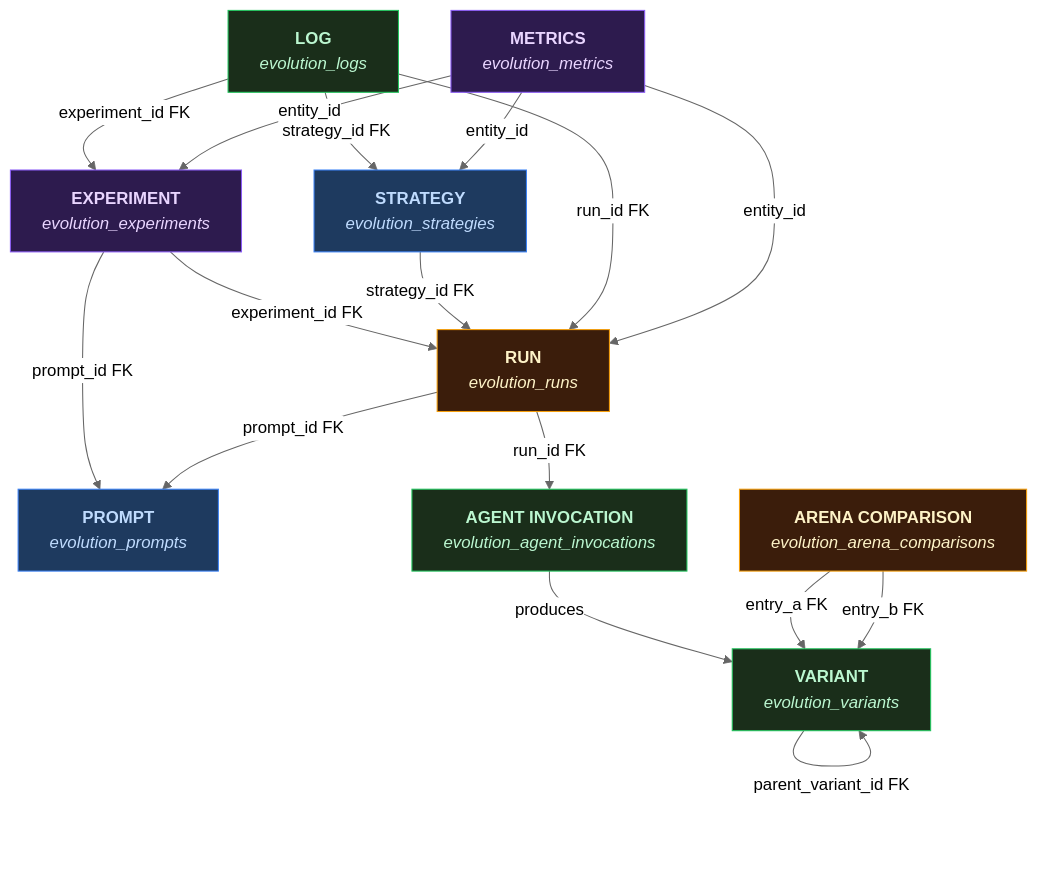
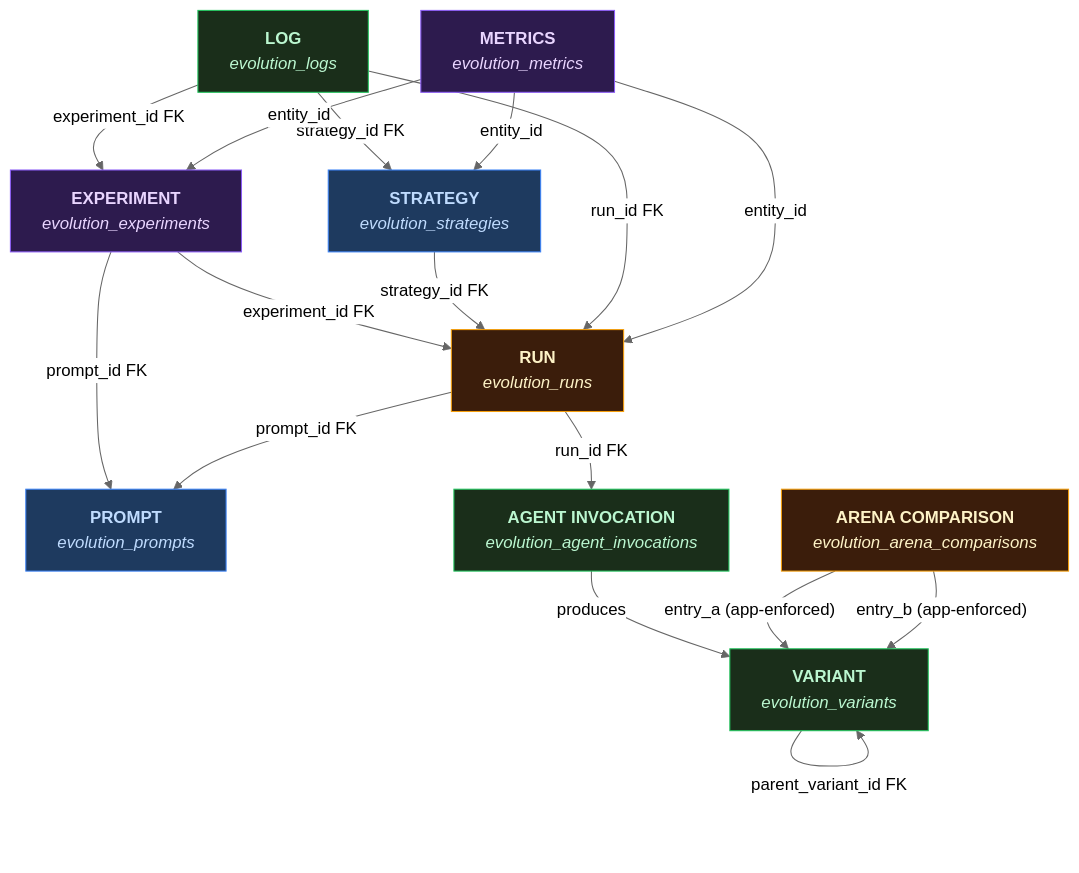
The diagram in evolution/docs/entities.md (alcmdbackup/explainanythingbackup), drawn with Mermaid (neutral theme) before and after one commit. The commit also changed other lines of this file and 12 other files, not shown here.

````diff
--- a/evolution/docs/entities.md
+++ b/evolution/docs/entities.md
@@ -9,50 +9,50 @@
 ```mermaid
 flowchart TD
     EXP["`**EXPERIMENT**
     _evolution_experiments_`"]
     PROMPT["`**PROMPT**
     _evolution_prompts_`"]
     STRATEGY["`**STRATEGY**
     _evolution_strategies_`"]
     RUN["`**RUN**
     _evolution_runs_`"]
     INV["`**AGENT INVOCATION**
     _evolution_agent_invocations_`"]
     VAR["`**VARIANT**
     _evolution_variants_`"]
 
     EXP -- "prompt_id FK" --> PROMPT
     EXP -- "experiment_id FK" --> RUN
     STRATEGY -- "strategy_id FK" --> RUN
     RUN -- "prompt_id FK" --> PROMPT
     RUN -- "run_id FK" --> INV
     INV -- "produces" --> VAR
     VAR -- "parent_variant_id FK" --> VAR
 
     COMP["`**ARENA COMPARISON**
     _evolution_arena_comparisons_`"]
-    COMP -- "entry_a FK" --> VAR
-    COMP -- "entry_b FK" --> VAR
+    COMP -- "entry_a (app-enforced)" --> VAR
+    COMP -- "entry_b (app-enforced)" --> VAR
 
     LOG["`**LOG**
     _evolution_logs_`"]
     LOG -- "run_id FK" --> RUN
     LOG -- "experiment_id FK" --> EXP
     LOG -- "strategy_id FK" --> STRATEGY
 
     METRICS["`**METRICS**
     _evolution_metrics_`"]
     METRICS -- "entity_id" --> RUN
     METRICS -- "entity_id" --> STRATEGY
     METRICS -- "entity_id" --> EXP
 
     style COMP fill:#3b1d0b,stroke:#f59e0b,color:#fef3c7
     style EXP fill:#2d1b4e,stroke:#8b5cf6,color:#e9d5ff
     style PROMPT fill:#1e3a5f,stroke:#3b82f6,color:#bfdbfe
     style STRATEGY fill:#1e3a5f,stroke:#3b82f6,color:#bfdbfe
     style RUN fill:#3b1d0b,stroke:#f59e0b,color:#fef3c7
     style INV fill:#1a2e1a,stroke:#22c55e,color:#bbf7d0
     style VAR fill:#1a2e1a,stroke:#22c55e,color:#bbf7d0
     style LOG fill:#1a2e1a,stroke:#22c55e,color:#bbf7d0
     style METRICS fill:#2d1b4e,stroke:#8b5cf6,color:#e9d5ff
 ```
````
